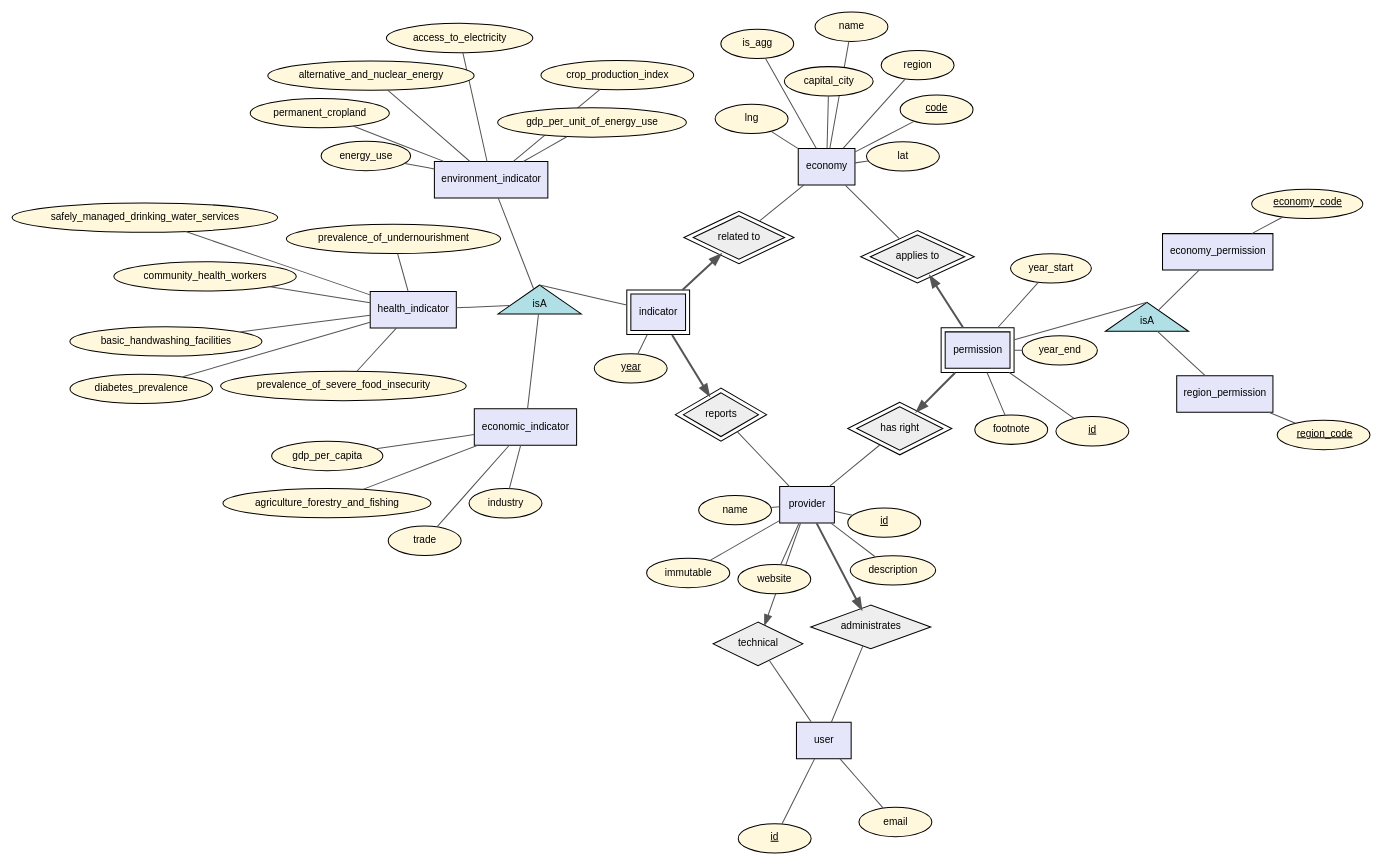
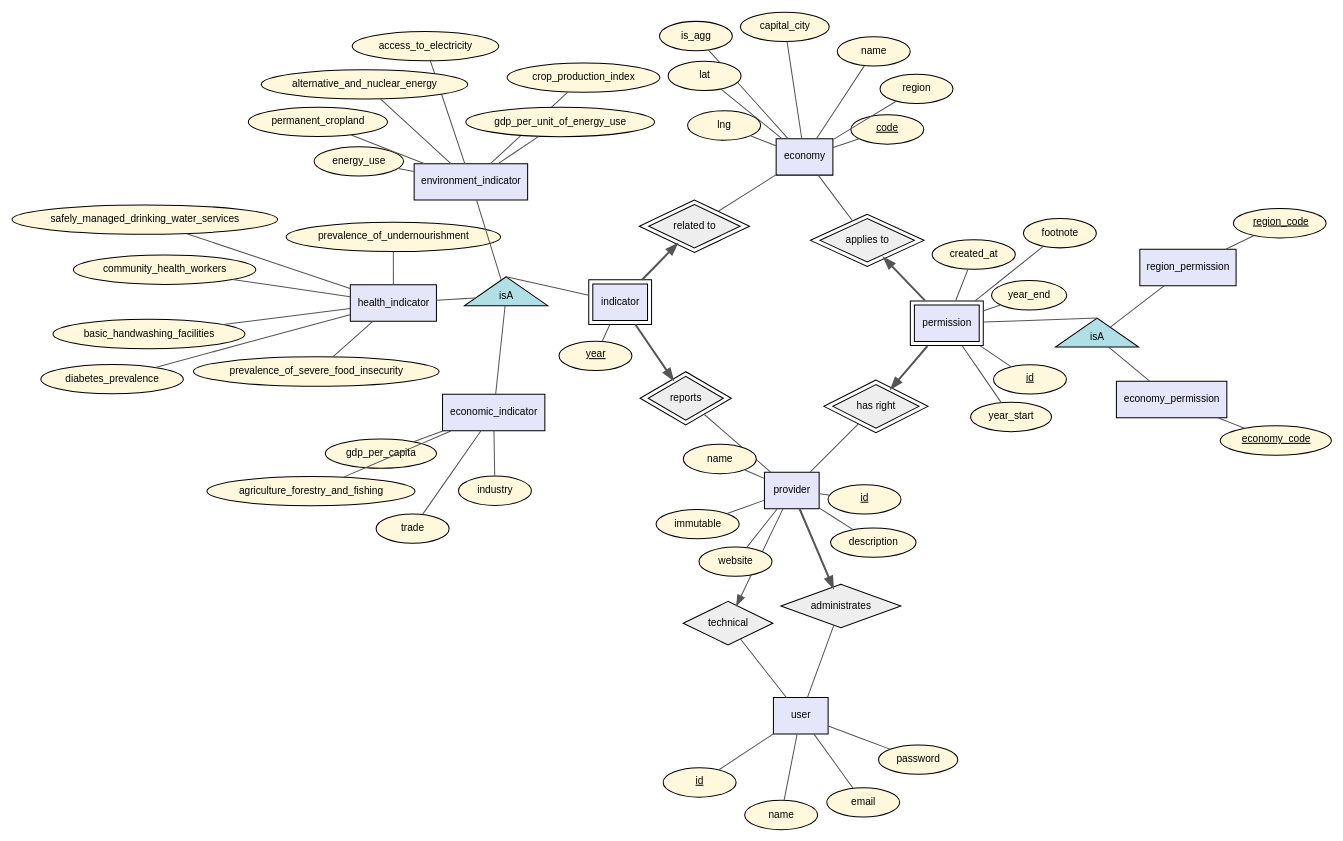
The diagram in docs/er.dot (metwse/itu-blg317e-assignment), drawn with Graphviz before and after one commit.

```diff
--- a/docs/er.dot
+++ b/docs/er.dot
@@ -1,142 +1,148 @@
 graph chen_er_diagram {
     layout=neato;
     overlap=false;
 
     node [fontsize=10 fontname="Arial"];
     edge [fontsize=9 fontname="Arial" color="#555555"];
 
     // Entities
     node [shape=box, style="filled", fillcolor="#E6E6FA", height=0.5];
     provider;
     economy;
     indicator [peripheries=2];
     user;
     permission [peripheries=2];
     economic_indicator;
     health_indicator;
     environment_indicator;
     economy_permission;
     region_permission;
 
     // Relations
     node [shape=diamond, style="filled", fillcolor="#EEEEEE", height=0.6];
 
     reports [label="reports", peripheries=2];
     technical [label="technical"];
 
     administrates [label="administrates"];
     applies_to [label="applies to", peripheries=2];
 
     related_to [label="related to", peripheries=2]
 
     has_right [label="has right", peripheries=2];
 
     // Attributes
     node [shape=ellipse, style="filled", fillcolor="#FFF8DC", width=1, height=0.4];
 
     eco_code [label=<<u>code</u>>];
     eco_name [label="name"];
     eco_agg [label="is_agg"];
     eco_cap [label="capital_city"];
     eco_lat [label="lat"];
     eco_lng [label="lng"];
     eco_reg [label="region"];
 
     economy -- eco_code;
     economy -- eco_name;
     economy -- eco_agg;
     economy -- eco_cap;
     economy -- eco_lat;
     economy -- eco_lng;
     economy -- eco_reg;
 
     pro_id [label=<<u>id</u>>];
     pro_name [label="name"];
     pro_site [label="website"];
     pro_desc [label="description"];
     pro_imm [label="immutable"];
 
     provider -- pro_id;
     provider -- pro_name;
     provider -- pro_site;
     provider -- pro_desc;
     provider -- pro_imm;
 
     ind_year [label=<<u>year</u>>];
 
     economic_indicator -- industry;
     economic_indicator -- gdp_per_capita;
     economic_indicator -- trade;
     economic_indicator -- agriculture_forestry_and_fishing;
 
     health_indicator -- community_health_workers;
     health_indicator -- prevalence_of_undernourishment;
     health_indicator -- prevalence_of_severe_food_insecurity;
     health_indicator -- basic_handwashing_facilities;
     health_indicator -- safely_managed_drinking_water_services;
     health_indicator -- diabetes_prevalence;
 
     environment_indicator -- energy_use;
     environment_indicator -- access_to_electricity;
     environment_indicator -- alternative_and_nuclear_energy;
     environment_indicator -- permanent_cropland;
     environment_indicator -- crop_production_index;
     environment_indicator -- gdp_per_unit_of_energy_use;
 
     indicator -- ind_year;
 
     user_id [label=<<u>id</u>>];
     user_email [label="email"];
+    user_name [label="name"];
+    user_password [label="password"];
     user -- user_id;
     user -- user_email;
+    user -- user_name;
+    user -- user_password;
 
     perm_id [label=<<u>id</u>>];
     perm_start [label="year_start"];
     perm_end [label="year_end"];
     perm_note [label="footnote"];
+    perm_cat [label="created_at"];
 
     permission -- perm_id;
     permission -- perm_start;
     permission -- perm_end;
     permission -- perm_note;
+    permission -- perm_cat;
 
     region_code [label=<<u>region_code</u>>];
     economy_code [label=<<u>economy_code</u>>];
 
 
     region_permission -- region_code;
     economy_permission -- economy_code;
 
     // Triangles
     node [shape=triangle,style="filled", fillcolor="#B0E0E6", height=0.4]
 
     is_permission [label="isA"]
     is_indicator [label="isA"]
 
     // Edges
     provider -- administrates [dir=forward,style=bold];
     provider -- technical [dir=forward];
     provider -- reports;
     provider -- has_right;
 
     user -- administrates;
     user -- technical;
 
     permission -- applies_to [dir=forward,style=bold];
     permission -- has_right [dir=forward,style=bold];
     permission -- is_permission:n;
 
     economy -- applies_to;
     economy -- related_to;
 
     indicator -- reports [dir=forward,style=bold];
     indicator -- related_to [dir=forward,style=bold];
     indicator -- is_indicator:n;
 
     economic_indicator -- is_indicator;
     health_indicator -- is_indicator;
     environment_indicator -- is_indicator;
 
     economy_permission -- is_permission;
     region_permission -- is_permission;
 }
```
